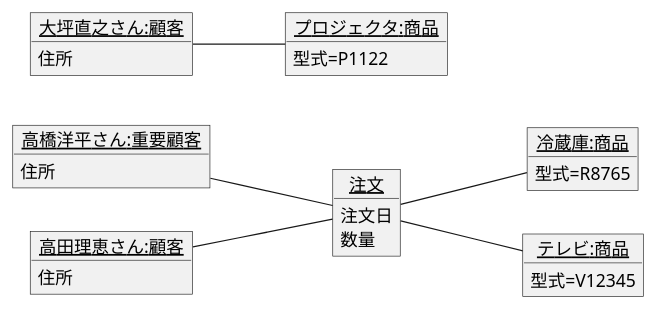
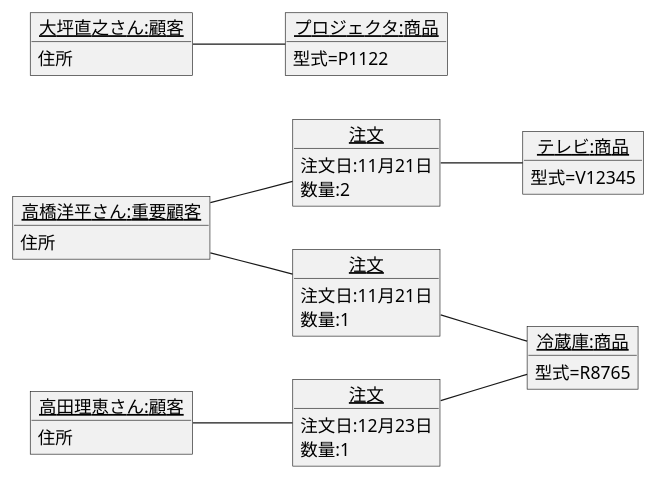
Before and after one commit to nozomu1210/uml-introduction: the diagram in 演習3-7_OBJ_注文のオブジェクト図.pu, drawn with PlantUML.

Commit message:
演習3-7

```diff
--- a/演習3-7_OBJ_注文のオブジェクト図.pu
+++ b/演習3-7_OBJ_注文のオブジェクト図.pu
@@ -1,32 +1,40 @@
 @startuml
 left to right direction
 object "<u>高橋洋平さん:重要顧客</u>" as takahasi{
     住所
 }
 object "<u>高田理恵さん:顧客</u>" as takada{
     住所
 }
 object "<u>大坪直之さん:顧客</u>" as otubo{
     住所
 }
 object "<u>冷蔵庫:商品</u>" as  reizouko{
     型式=R8765
 }
 object "<u>テレビ:商品</u>" as tv{
     型式=V12345
 }
 object "<u>プロジェクタ:商品</u>" as pro{
     型式=P1122
 }
 object "<u>注文</u>" as tyumon{
-    注文日
-    数量
+    注文日:11月21日
+    数量:2
+}
+object "<u>注文</u>" as tyumon2{
+    注文日:11月21日
+    数量:1
+}
+object "<u>注文</u>" as tyumon3{
+    注文日:12月23日
+    数量:1
 }
 takahasi -- tyumon
-takada -- tyumon
+takahasi -- tyumon2
+takada -- tyumon3
 tyumon -- tv
-tyumon -- reizouko
-
+tyumon2 -- reizouko
 otubo -- pro 
-
+tyumon3 -- reizouko
 @enduml
```
